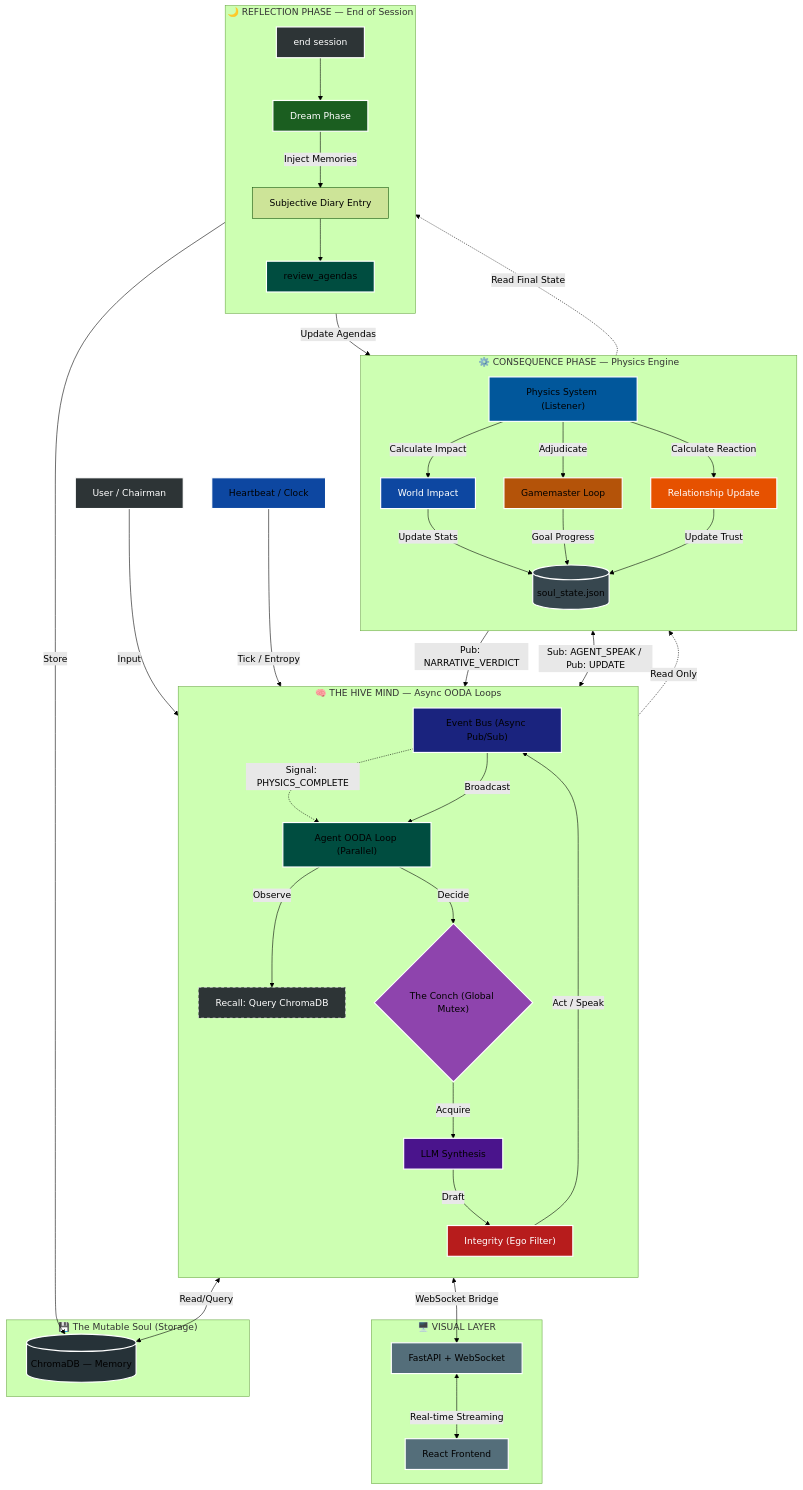
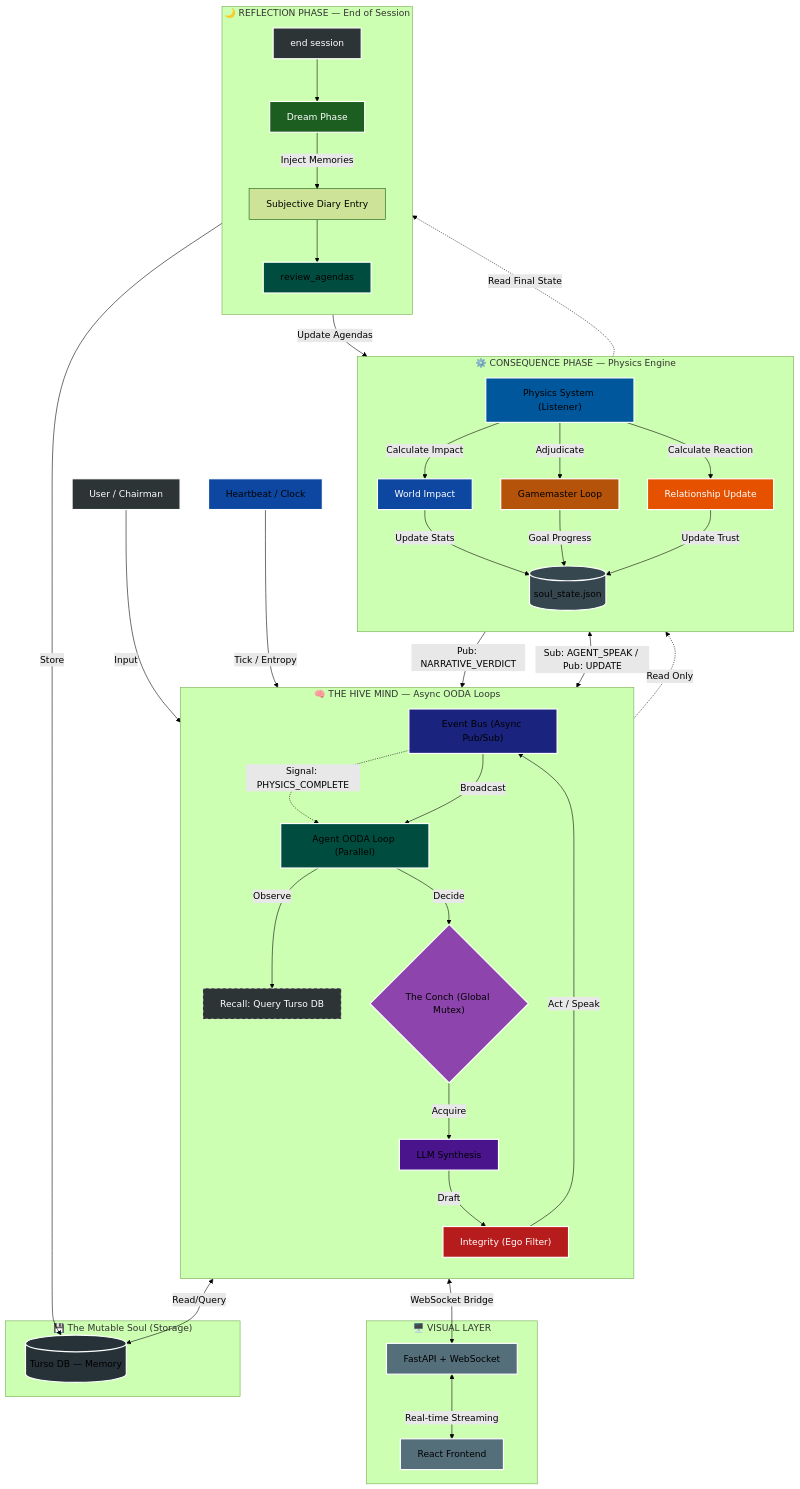
Before and after one commit to hardikrawat/Iron-Council-v2.0: the diagram in README.md, drawn with Mermaid (forest theme). The commit also changed other lines of this file and 59 other files, not shown here.

```diff
--- a/README.md
+++ b/README.md
@@ -30,7 +30,7 @@
     classDef coreNode fill:#1a237e,stroke:#fff,stroke-width:2px,color:#fff;      %% Event Bus
     classDef infraNode fill:#0d47a1,stroke:#fff,stroke-width:2px,color:#fff;     %% Heartbeat / Server
     classDef storageNode fill:#37474f,stroke:#fff,stroke-width:2px,color:#fff;    %% JSON
-    classDef vectorNode fill:#263238,stroke:#fff,stroke-width:2px,color:#fff;     %% ChromaDB
+    classDef vectorNode fill:#263238,stroke:#fff,stroke-width:2px,color:#fff;     %% Turso DB
 
     %% --- AGENT LOOP (Teals & Purples) ---
     classDef agentNode fill:#004d40,stroke:#fff,stroke-width:2px,color:#fff;      %% OODA Loop
@@ -62,7 +62,7 @@
         direction TB
         EventBus -->|Broadcast| OODA["Agent OODA Loop (Parallel)"]:::agentNode
         
-        OODA -->|Observe| Recall["Recall: Query ChromaDB"]:::looseNode
+        OODA -->|Observe| Recall["Recall: Query Turso DB"]:::looseNode
         OODA -->|Decide| Lock
         Lock -->|Acquire| LLM["LLM Synthesis"]:::llmNode
         LLM -->|Draft| Ego["Integrity (Ego Filter)"]
@@ -89,7 +89,7 @@
     %% --- STORAGE LAYER ---
     subgraph "💾 The Mutable Soul (Storage)"
         JSON[("soul_state.json")]:::storageNode
-        Vector[("ChromaDB — Memory")]:::vectorNode
+        Vector[("Turso DB — Memory")]:::vectorNode
         
         Recall <-->|Read/Query| Vector
         OODA -.->|Read Only| JSON
```
